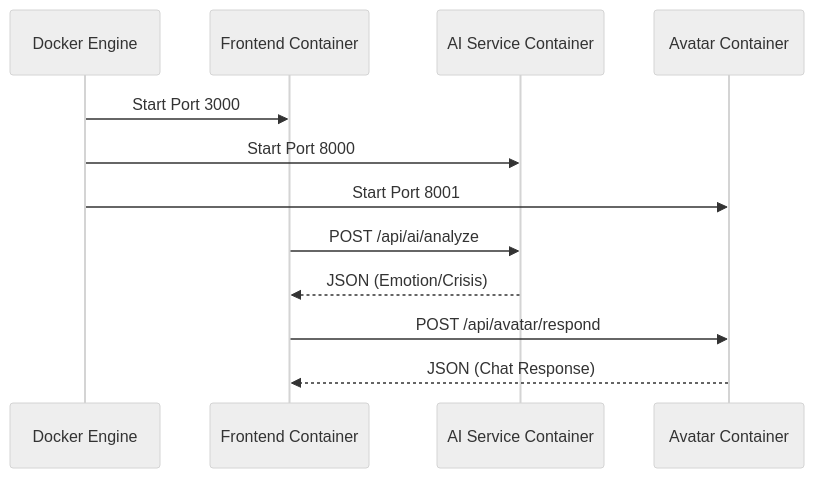
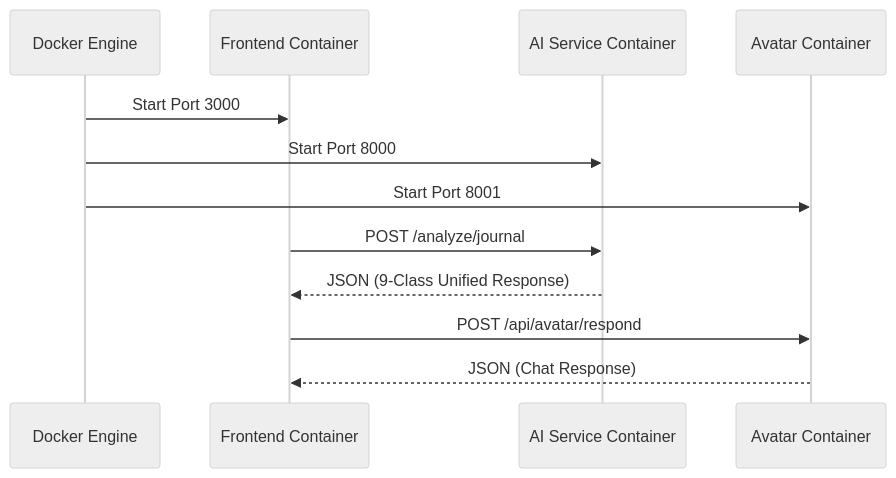
The third of 15 diagrams in README.md (khizardev123/fyp-mental-health), drawn with Mermaid (neutral theme) before and after one commit. The commit also changed other lines of this file, not shown here.

Commit message:
Update README with 15 comprehensive flow diagrams (Unified v4 architecture)

````diff
--- a/README.md
+++ b/README.md
@@ -54,15 +53,15 @@
 ```mermaid
 sequenceDiagram
     participant D as Docker Engine
     participant F as Frontend Container
     participant A as AI Service Container
     participant V as Avatar Container
     
     D->>F: Start Port 3000
     D->>A: Start Port 8000
     D->>V: Start Port 8001
-    F->>A: POST /api/ai/analyze
-    A-->>F: JSON (Emotion/Crisis)
+    F->>A: POST /analyze/journal
+    A-->>F: JSON (9-Class Unified Response)
     F->>V: POST /api/avatar/respond
     V-->>F: JSON (Chat Response)
 ```
````
